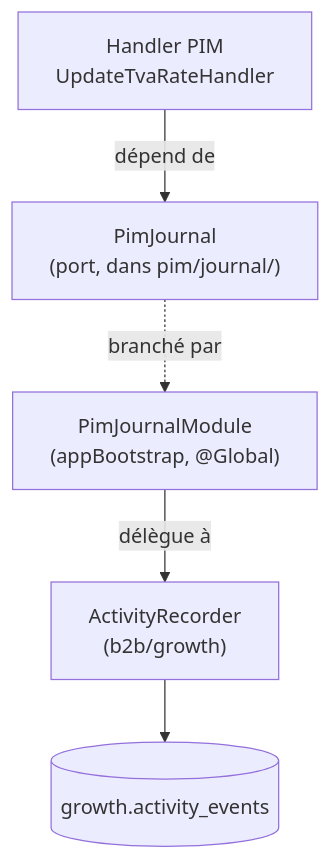
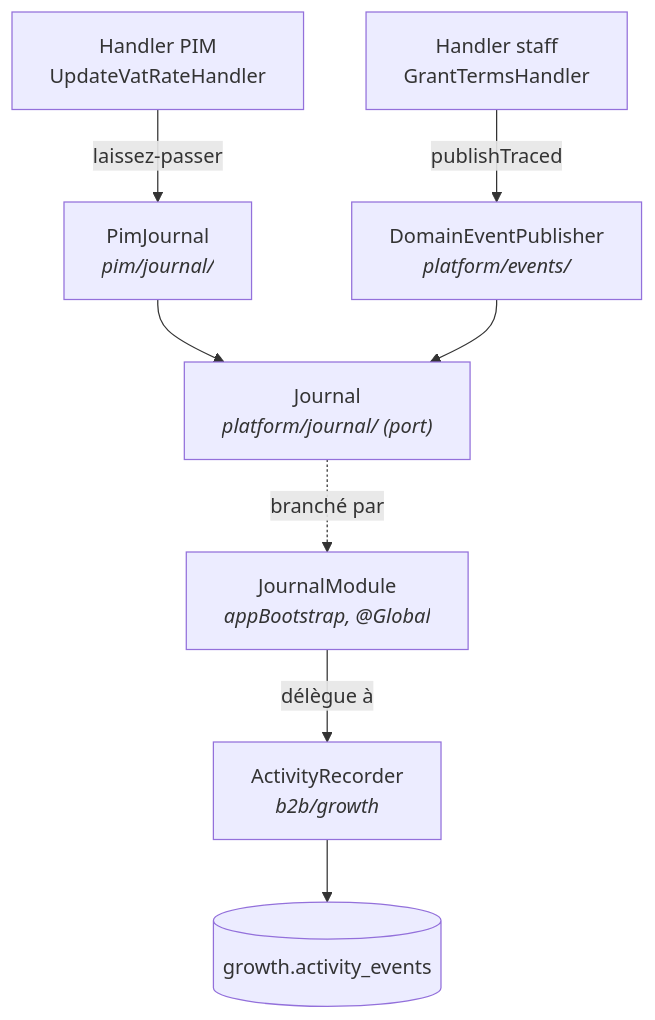
The second of 3 diagrams in documentation/b2b/architecture-journal-activite.md (hugoheynard/lfd), drawn with Mermaid before and after one commit. The commit also changed other lines of this file and 2 other files, not shown here.

First line of the commit message:
docs(journal): le lot 1, la promotion en platform/, et une règle abandonnée

````diff
--- a/documentation/b2b/architecture-journal-activite.md
+++ b/documentation/b2b/architecture-journal-activite.md
@@ -62,7 +69,10 @@
 ```mermaid
 flowchart TD
-  H["Handler PIM<br/>UpdateTvaRateHandler"] -->|dépend de| PJ["PimJournal<br/>(port, dans pim/journal/)"]
-  PJ -.->|branché par| RM["PimJournalModule<br/>(appBootstrap, @Global)"]
-  RM -->|délègue à| AR["ActivityRecorder<br/>(b2b/growth)"]
+  HP["Handler PIM<br/>UpdateVatRateHandler"] -->|laissez-passer| PJ["PimJournal<br/><i>pim/journal/</i>"]
+  HS["Handler staff<br/>GrantTermsHandler"] -->|publishTraced| DP["DomainEventPublisher<br/><i>platform/events/</i>"]
+  PJ --> J["Journal<br/><i>platform/journal/ (port)</i>"]
+  DP --> J
+  J -.->|branché par| RM["JournalModule<br/><i>appBootstrap, @Global</i>"]
+  RM -->|délègue à| AR["ActivityRecorder<br/><i>b2b/growth</i>"]
   AR --> DB[("growth.activity_events")]
 ```
````
